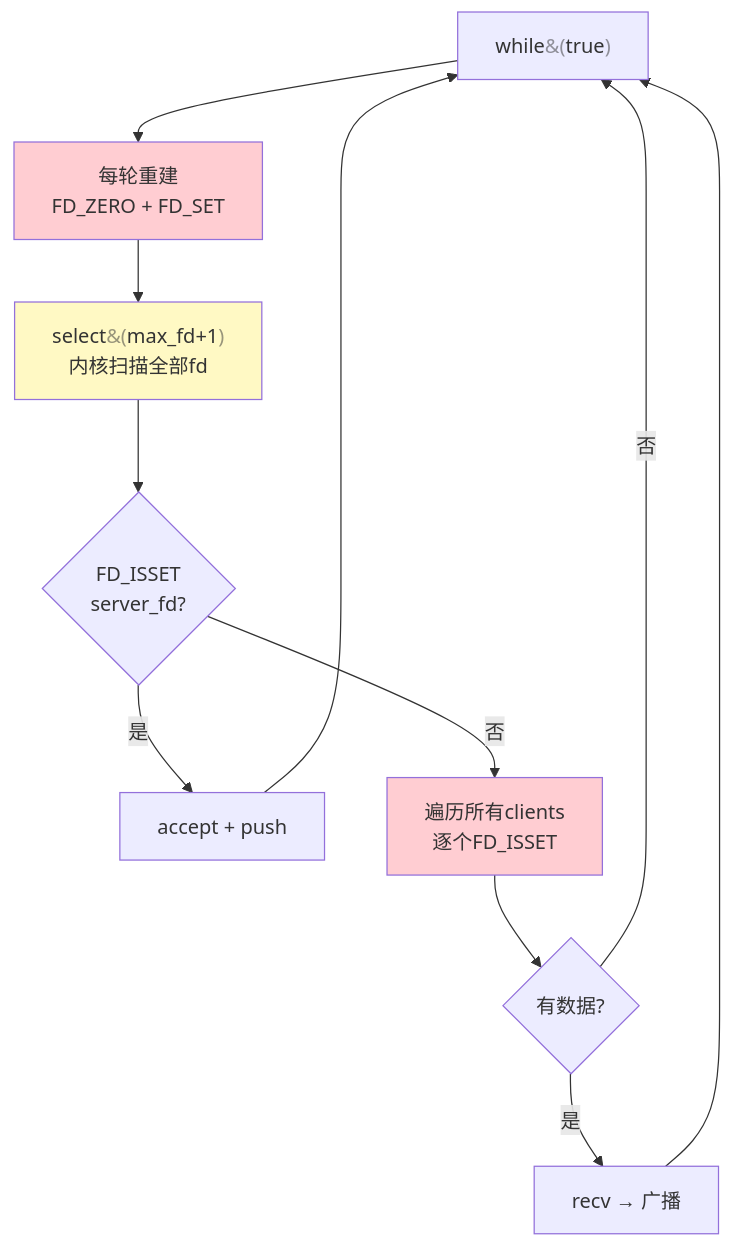
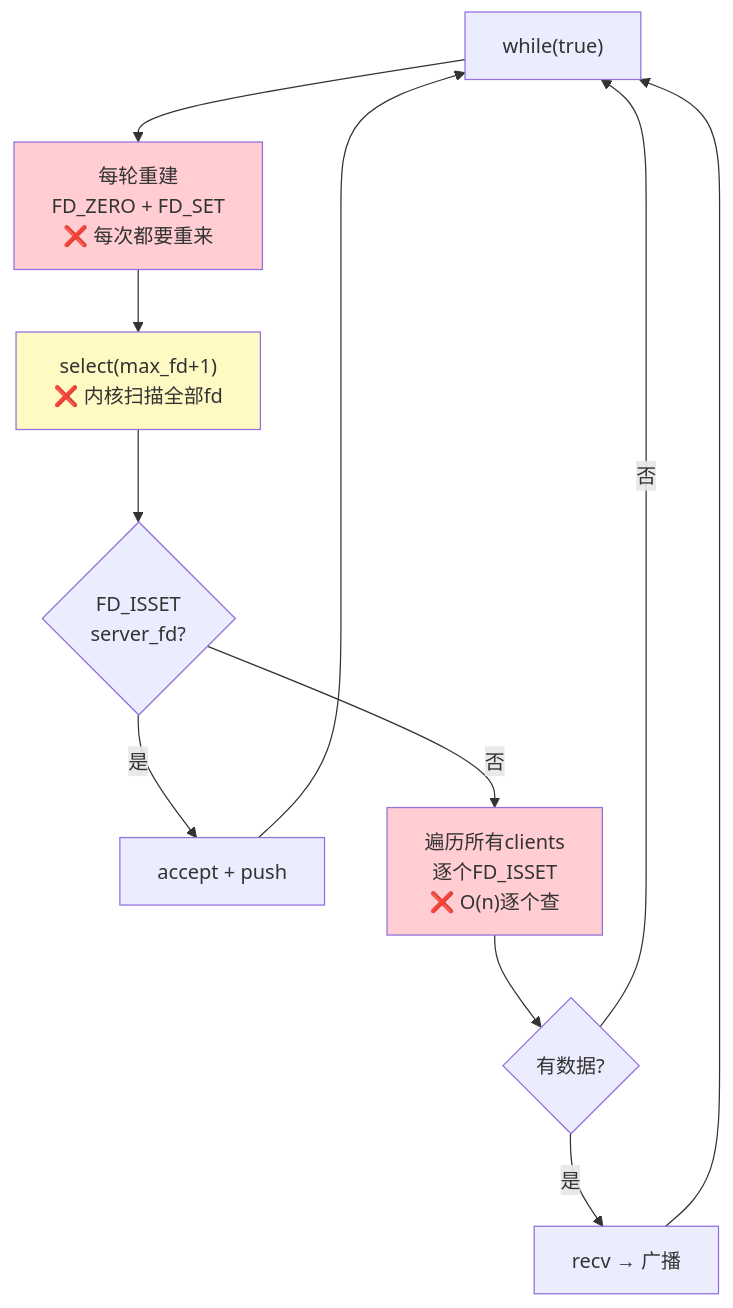
One commit to ZERO1206/network-study-notes changed the tenth of 11 diagrams in practical/socket-api-reference.md. Above: the diagram before and after it, drawn with Mermaid. The commit also changed other lines of this file, not shown here.

First line of the commit message:
修复Mermaid流程图渲染故障：去掉<span>标签和双引号语法

````diff
--- a/practical/socket-api-reference.md
+++ b/practical/socket-api-reference.md
@@ -1000,17 +1000,17 @@
 ```mermaid
 flowchart TD
-    W1[while<span style="opacity:0.5">&#40;</span>true<span style="opacity:0.5">&#41;</span>] --> W2[""每轮重建<br/>FD_ZERO + FD_SET""]
-    W2 --> W3[""select<span style="opacity:0.5">&#40;</span>max_fd+1<span style="opacity:0.5">&#41;</span><br/>内核扫描全部fd""]
-    W3 --> W4{FD_ISSET<br/>server_fd?}
-    W4 -->|""是""| W5[""accept + push""]
+    W1["while(true)"] --> W2["每轮重建<br/>FD_ZERO + FD_SET<br/>❌ 每次都要重来"]
+    W2 --> W3["select(max_fd+1)<br/>❌ 内核扫描全部fd"]
+    W3 --> W4{"FD_ISSET<br/>server_fd?"}
+    W4 -->|"是"| W5["accept + push"]
     W5 --> W1
-    W4 -->|""否""| W6[""遍历所有clients<br/>逐个FD_ISSET""]
-    W6 --> W7{有数据?}
-    W7 -->|""是""| W8[""recv → 广播""]
+    W4 -->|"否"| W6["遍历所有clients<br/>逐个FD_ISSET<br/>❌ O(n)逐个查"]
+    W6 --> W7{"有数据?"}
+    W7 -->|"是"| W8["recv → 广播"]
     W8 --> W1
-    W7 -->|""否""| W1
+    W7 -->|"否"| W1
 
     style W2 fill:#ffcdd2
     style W3 fill:#fff9c4
     style W6 fill:#ffcdd2
 ```
````
